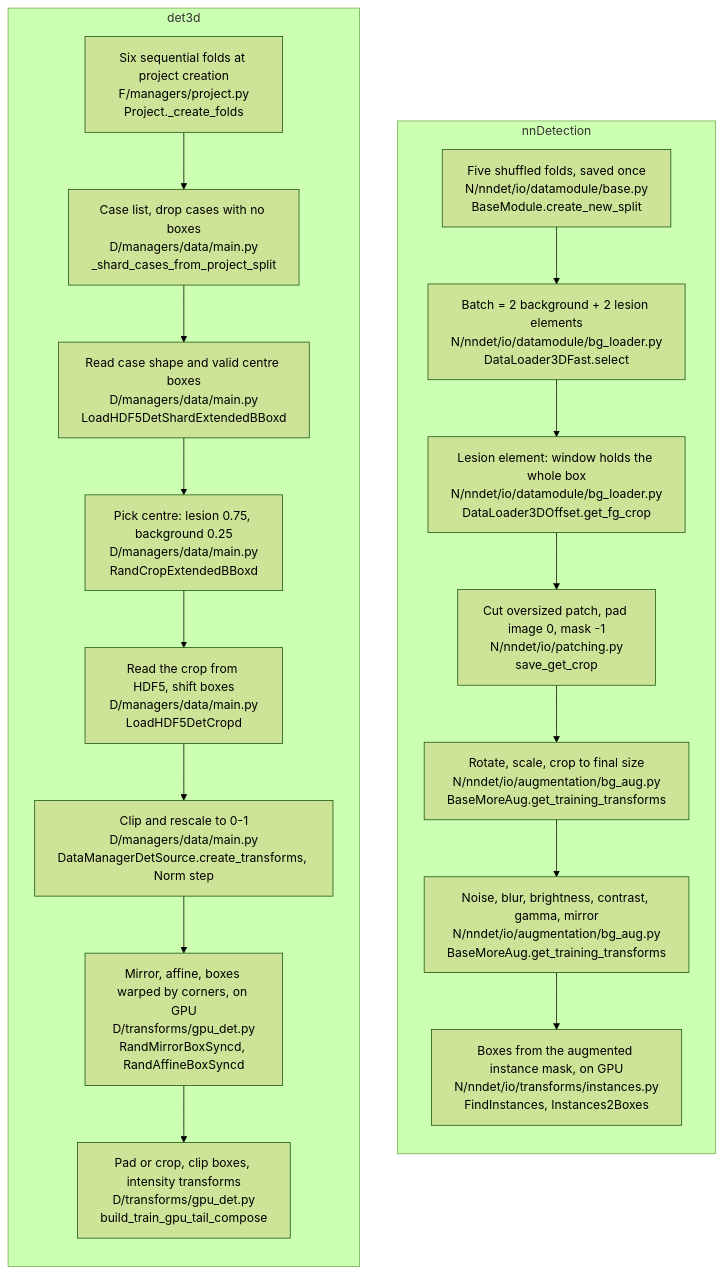
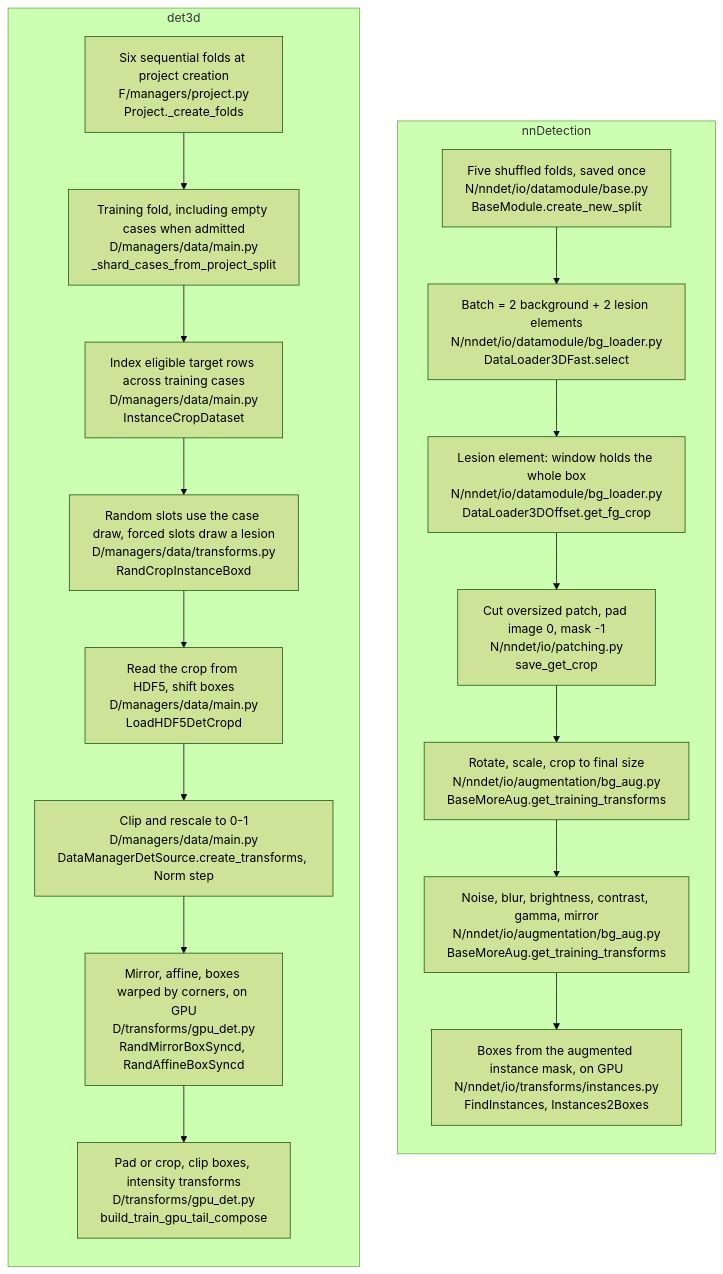
Before and after one commit to drusmanbashir/det3d: the diagram in docs/integration/4-data-loading.md, drawn with Mermaid (forest theme). The commit also changed other lines of this file and 6 other files, not shown here.

````diff
--- a/docs/integration/4-data-loading.md
+++ b/docs/integration/4-data-loading.md
@@ -7,26 +7,26 @@
 ```mermaid
 flowchart TB
   subgraph NN["nnDetection"]
     direction TB
     n1["Five shuffled folds, saved once<br/>N/nndet/io/datamodule/base.py<br/>BaseModule.create_new_split"]
     n2["Batch = 2 background + 2 lesion elements<br/>N/nndet/io/datamodule/bg_loader.py<br/>DataLoader3DFast.select"]
     n3["Lesion element: window holds the whole box<br/>N/nndet/io/datamodule/bg_loader.py<br/>DataLoader3DOffset.get_fg_crop"]
     n4["Cut oversized patch, pad image 0, mask -1<br/>N/nndet/io/patching.py<br/>save_get_crop"]
     n5["Rotate, scale, crop to final size<br/>N/nndet/io/augmentation/bg_aug.py<br/>BaseMoreAug.get_training_transforms"]
     n6["Noise, blur, brightness, contrast, gamma, mirror<br/>N/nndet/io/augmentation/bg_aug.py<br/>BaseMoreAug.get_training_transforms"]
     n7["Boxes from the augmented instance mask, on GPU<br/>N/nndet/io/transforms/instances.py<br/>FindInstances, Instances2Boxes"]
     n1 --> n2 --> n3 --> n4 --> n5 --> n6 --> n7
   end
   subgraph DT["det3d"]
     direction TB
     d1["Six sequential folds at project creation<br/>F/managers/project.py<br/>Project._create_folds"]
-    d2["Case list, drop cases with no boxes<br/>D/managers/data/main.py<br/>_shard_cases_from_project_split"]
-    d3["Read case shape and valid centre boxes<br/>D/managers/data/main.py<br/>LoadHDF5DetShardExtendedBBoxd"]
-    d4["Pick centre: lesion 0.75, background 0.25<br/>D/managers/data/main.py<br/>RandCropExtendedBBoxd"]
+    d2["Training fold, including empty cases when admitted<br/>D/managers/data/main.py<br/>_shard_cases_from_project_split"]
+    d3["Index eligible target rows across training cases<br/>D/managers/data/main.py<br/>InstanceCropDataset"]
+    d4["Random slots use the case draw, forced slots draw a lesion<br/>D/managers/data/transforms.py<br/>RandCropInstanceBoxd"]
     d5["Read the crop from HDF5, shift boxes<br/>D/managers/data/main.py<br/>LoadHDF5DetCropd"]
     d6["Clip and rescale to 0-1<br/>D/managers/data/main.py<br/>DataManagerDetSource.create_transforms, Norm step"]
     d7["Mirror, affine, boxes warped by corners, on GPU<br/>D/transforms/gpu_det.py<br/>RandMirrorBoxSyncd, RandAffineBoxSyncd"]
     d8["Pad or crop, clip boxes, intensity transforms<br/>D/transforms/gpu_det.py<br/>build_train_gpu_tail_compose"]
     d1 --> d2 --> d3 --> d4 --> d5 --> d6 --> d7 --> d8
   end
 ```
````
